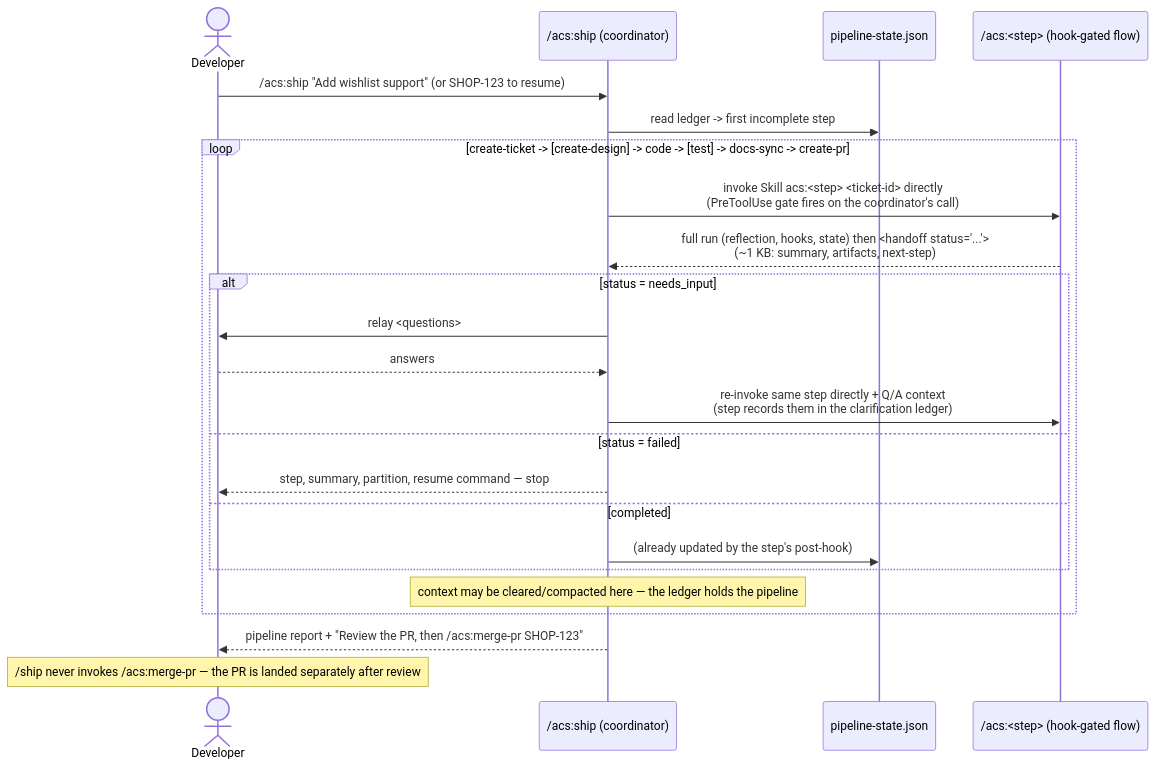
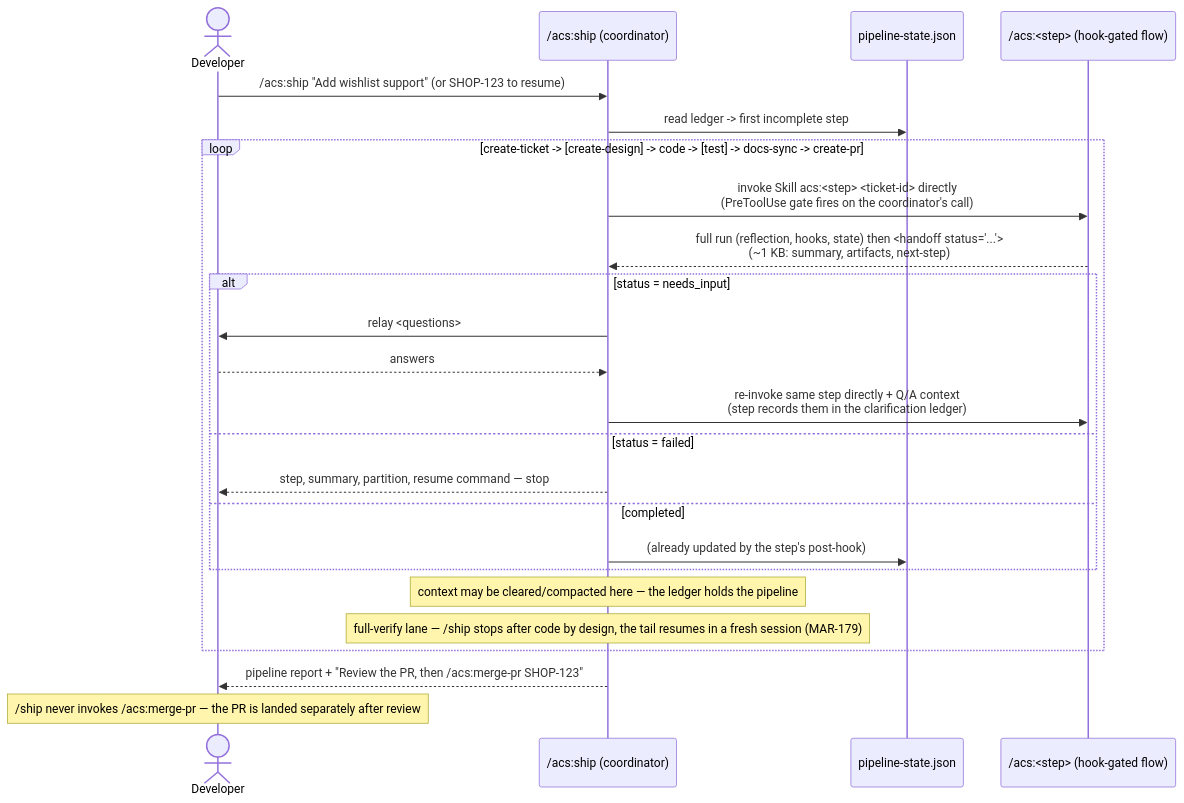
Before and after one commit to globalmindsolution/gms-marketplace: the diagram in docs/architecture/lld/flows/ship-pipeline.md, drawn with Mermaid. The commit also changed other lines of this file and 6 other files, not shown here.

Commit message:
[#333] Make /acs:ship's code-to-docs-sync boundary an explicit handoff on full-verify lanes (#350)

````diff
--- a/docs/architecture/lld/flows/ship-pipeline.md
+++ b/docs/architecture/lld/flows/ship-pipeline.md
@@ -8,26 +8,27 @@
 ```mermaid
 sequenceDiagram
     actor Dev as Developer
     participant SH as /acs:ship (coordinator)
     participant WS as pipeline-state.json
     participant SK as /acs:<step> (hook-gated flow)
 
     Dev->>SH: /acs:ship "Add wishlist support"  (or SHOP-123 to resume)
     SH->>WS: read ledger -> first incomplete step
     loop create-ticket -> [create-design] -> code -> [test] -> docs-sync -> create-pr
         SH->>SK: invoke Skill acs:<step> <ticket-id> directly<br/>(PreToolUse gate fires on the coordinator's call)
         SK-->>SH: full run (reflection, hooks, state) then <handoff status="..."><br/>(~1 KB: summary, artifacts, next-step)
         alt status = needs_input
             SH->>Dev: relay <questions>
             Dev-->>SH: answers
             SH->>SK: re-invoke same step directly + Q/A context<br/>(step records them in the clarification ledger)
         else status = failed
             SH-->>Dev: step, summary, partition, resume command — stop
         else completed
             SH->>WS: (already updated by the step's post-hook)
         end
         note over SH: context may be cleared/compacted here — the ledger holds the pipeline
+        note over SH: full-verify lane — /ship stops after code by design, the tail resumes in a fresh session (MAR-179)
     end
     SH-->>Dev: pipeline report + "Review the PR, then /acs:merge-pr SHOP-123"
     note over Dev: /ship never invokes /acs:merge-pr — the PR is landed separately after review
 ```
````
